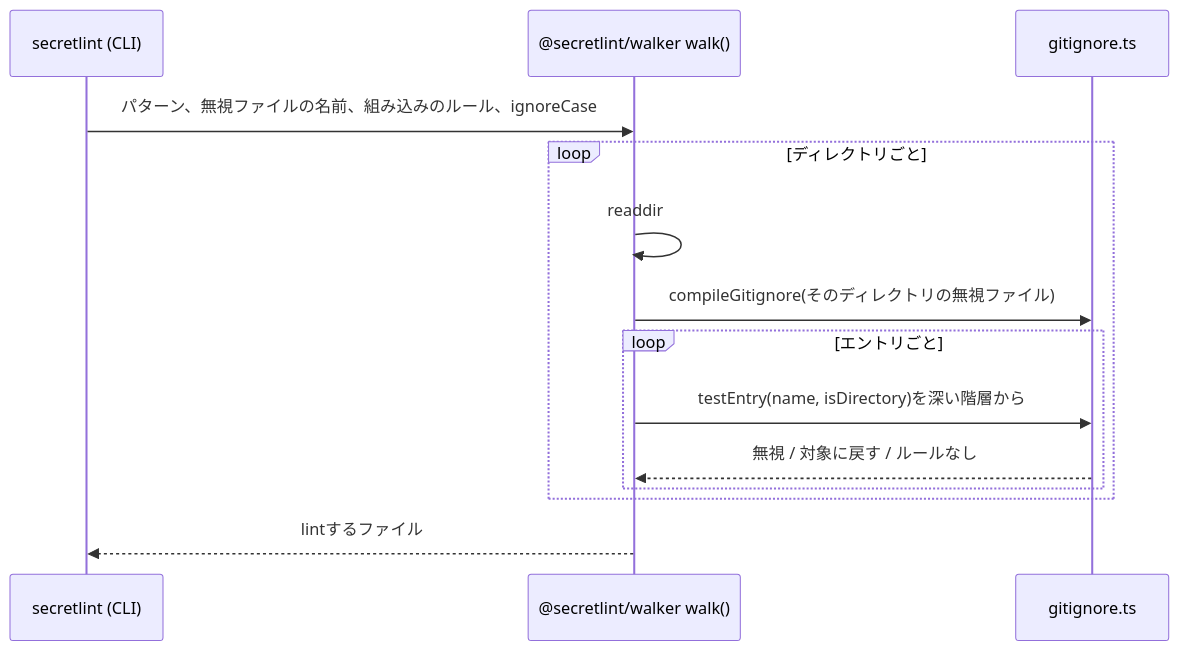
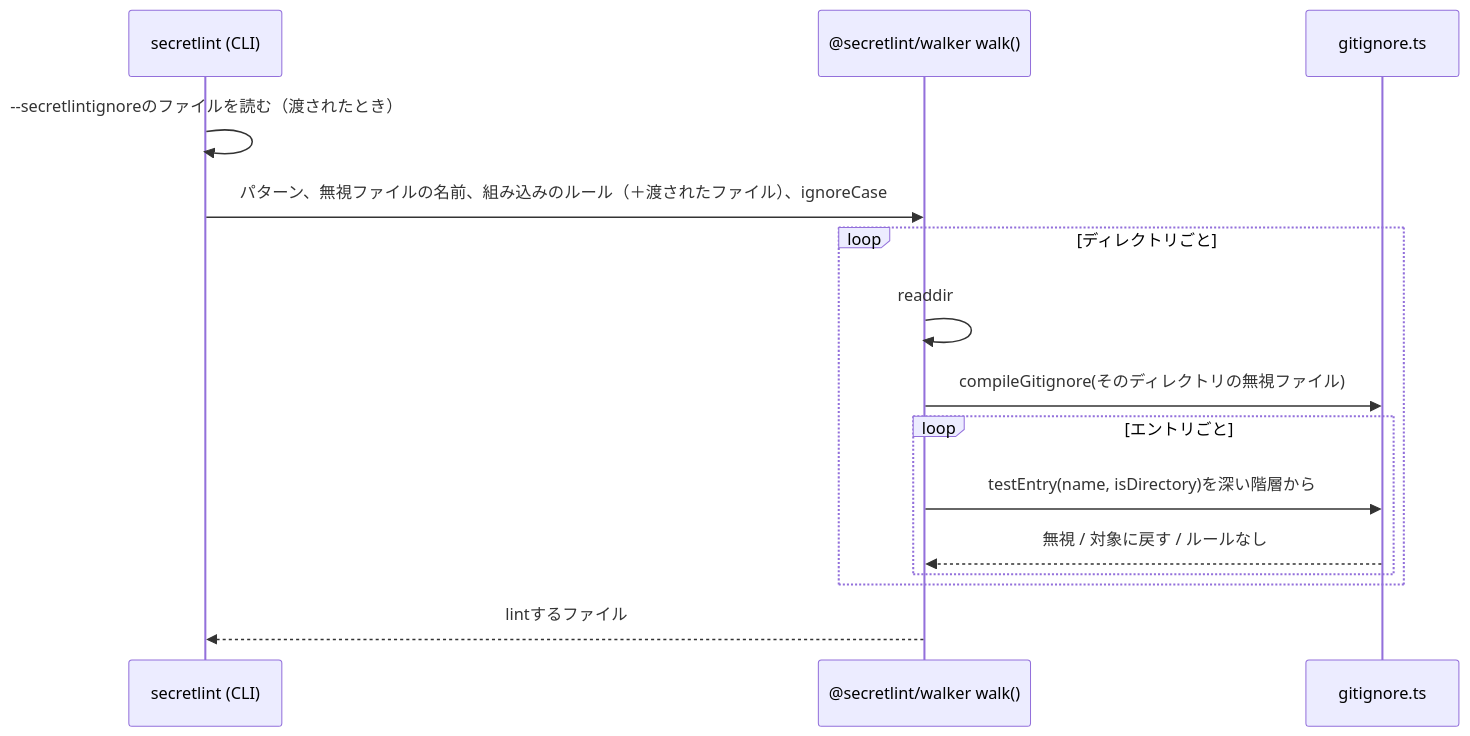
The diagram in docs/products/secretlint/features/file-selection/design.ja.md (secretlint/secretlint), drawn with Mermaid before and after one commit. The commit also changed other lines of this file and 3 other files, not shown here.

````diff
--- a/docs/products/secretlint/features/file-selection/design.ja.md
+++ b/docs/products/secretlint/features/file-selection/design.ja.md
@@ -70,16 +78,17 @@
 ```mermaid
 sequenceDiagram
     participant CLI as secretlint (CLI)
     participant Walker as @secretlint/walker walk()
     participant Matcher as gitignore.ts
-    CLI->>Walker: パターン、無視ファイルの名前、組み込みのルール、ignoreCase
+    CLI->>CLI: --secretlintignoreのファイルを読む（渡されたとき）
+    CLI->>Walker: パターン、無視ファイルの名前、組み込みのルール（＋渡されたファイル）、ignoreCase
     loop ディレクトリごと
         Walker->>Walker: readdir
         Walker->>Matcher: compileGitignore(そのディレクトリの無視ファイル)
         loop エントリごと
             Walker->>Matcher: testEntry(name, isDirectory)を深い階層から
             Matcher-->>Walker: 無視 / 対象に戻す / ルールなし
         end
     end
     Walker-->>CLI: lintするファイル
 ```
````
